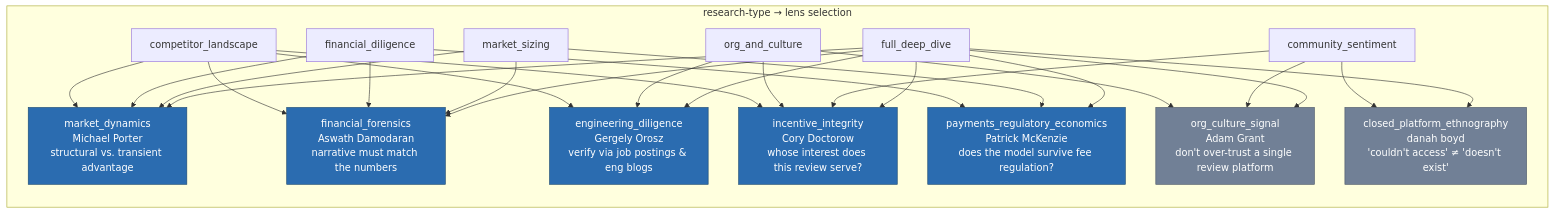
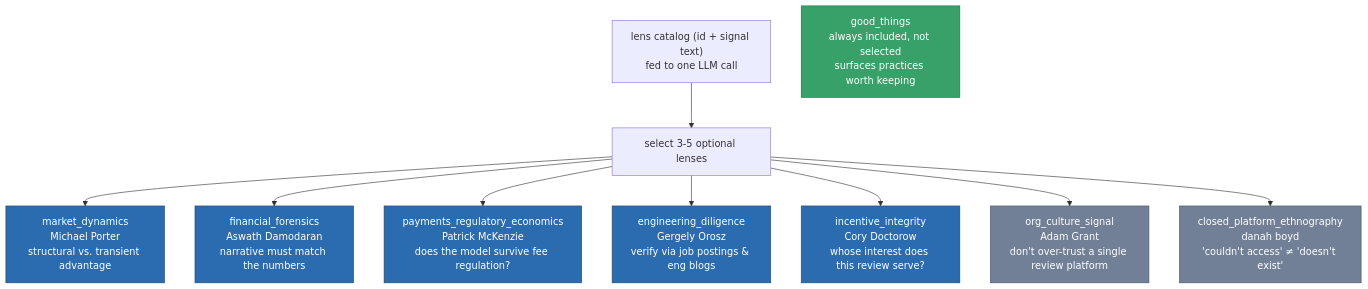
The fourth of 8 diagrams in README.md (Loop-Suite/research-loop), drawn with Mermaid before and after one commit. The commit also changed other lines of this file, not shown here.

````diff
--- a/README.md
+++ b/README.md
@@ -136,22 +178,18 @@
 ```mermaid
-graph LR
+graph TB
     classDef tier1 fill:#2b6cb0,color:#fff,stroke:#1a4971
     classDef tier2 fill:#718096,color:#fff,stroke:#4a5568
+    classDef always fill:#38a169,color:#fff,stroke:#276749
 
-    MD["market_dynamics<br/>Michael Porter<br/>structural vs. transient advantage"]:::tier1
-    FF["financial_forensics<br/>Aswath Damodaran<br/>narrative must match the numbers"]:::tier1
-    PR["payments_regulatory_economics<br/>Patrick McKenzie<br/>does the model survive fee regulation?"]:::tier1
-    ED["engineering_diligence<br/>Gergely Orosz<br/>verify via job postings & eng blogs"]:::tier1
-    II["incentive_integrity<br/>Cory Doctorow<br/>whose interest does this review serve?"]:::tier1
-    OC["org_culture_signal<br/>Adam Grant<br/>don't over-trust a single review platform"]:::tier2
-    CP["closed_platform_ethnography<br/>danah boyd<br/>'couldn't access' ≠ 'doesn't exist'"]:::tier2
+    CATALOG["lens catalog (id + signal text)<br/>fed to one LLM call"] --> PICK["select 3-5 optional lenses"]
 
-    subgraph RT["research-type → lens selection"]
-        RT1["competitor_landscape"] --> MD & FF & ED & II
-        RT2["financial_diligence"] --> FF & MD & PR
-        RT3["market_sizing"] --> MD & PR & FF
-        RT4["org_and_culture"] --> OC & ED & II
-        RT5["community_sentiment"] --> II & CP & OC
-        RT6["full_deep_dive"] --> MD & FF & PR & ED & II & OC & CP
-    end
+    PICK --> MD["market_dynamics<br/>Michael Porter<br/>structural vs. transient advantage"]:::tier1
+    PICK --> FF["financial_forensics<br/>Aswath Damodaran<br/>narrative must match the numbers"]:::tier1
+    PICK --> PR["payments_regulatory_economics<br/>Patrick McKenzie<br/>does the model survive fee regulation?"]:::tier1
+    PICK --> ED["engineering_diligence<br/>Gergely Orosz<br/>verify via job postings & eng blogs"]:::tier1
+    PICK --> II["incentive_integrity<br/>Cory Doctorow<br/>whose interest does this review serve?"]:::tier1
+    PICK --> OC["org_culture_signal<br/>Adam Grant<br/>don't over-trust a single review platform"]:::tier2
+    PICK --> CP["closed_platform_ethnography<br/>danah boyd<br/>'couldn't access' ≠ 'doesn't exist'"]:::tier2
+
+    GT["good_things<br/>always included, not selected<br/>surfaces practices worth keeping"]:::always
 ```
````
